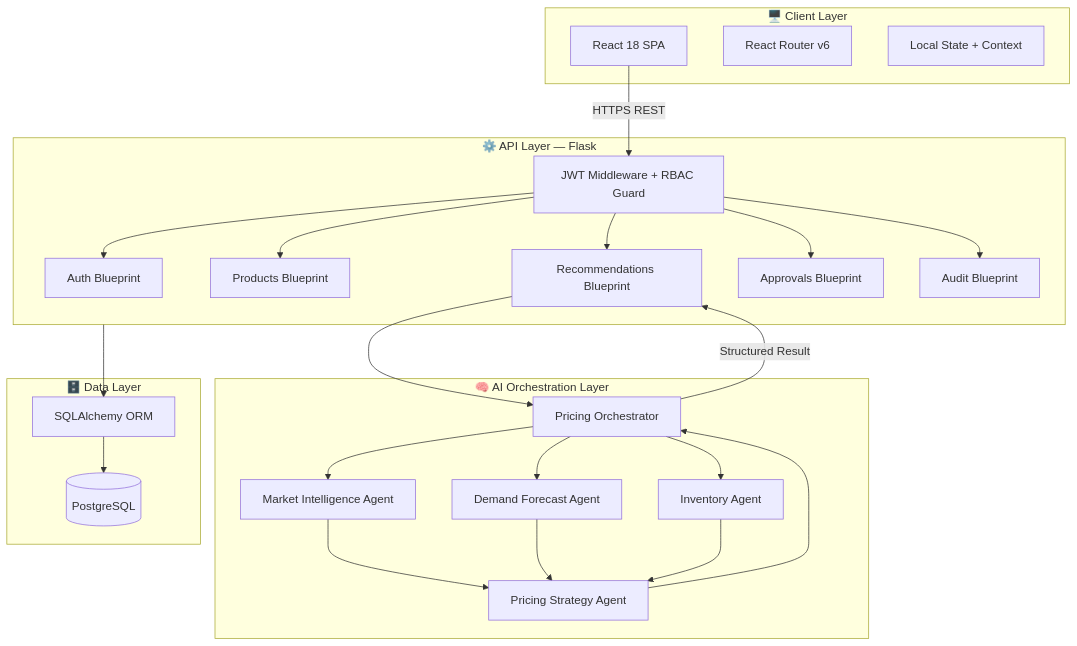
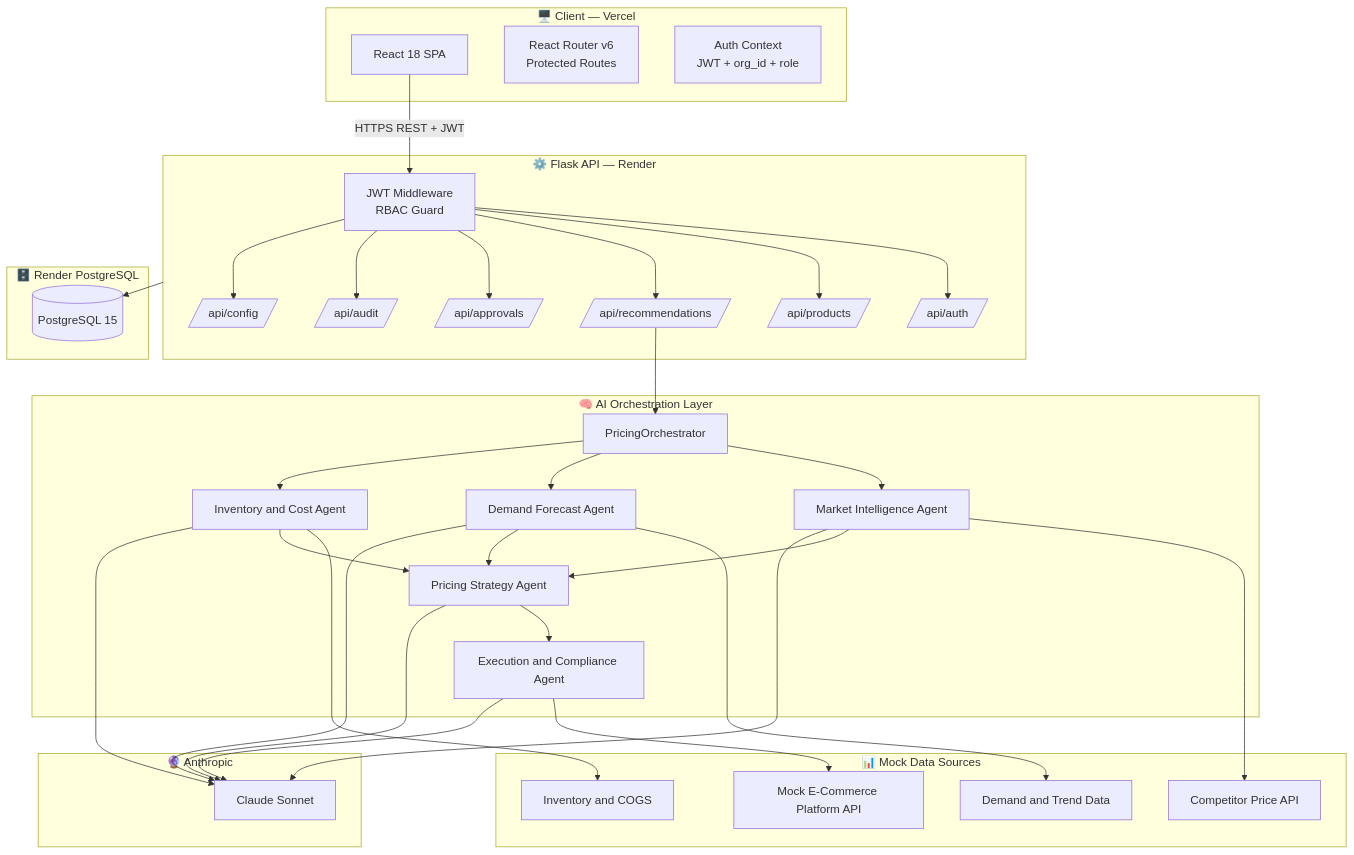
Before and after one commit to parthTyagi-tech/dynamic-pricing-intelligence-platform: the fourth of 6 diagrams in README.md, drawn with Mermaid. The commit also changed other lines of this file, not shown here.

````diff
--- a/README.md
+++ b/README.md
@@ -164,48 +332,54 @@
 ```mermaid
 graph TB
-    subgraph Client["🖥️ Client Layer"]
+    subgraph Client["🖥️ Client — Vercel"]
         UI[React 18 SPA]
-        Router[React Router v6]
-        State[Local State + Context]
+        Router[React Router v6\nProtected Routes]
+        Ctx[Auth Context\nJWT + org_id + role]
     end
 
-    subgraph API["⚙️ API Layer — Flask"]
-        Auth[Auth Blueprint]
-        Products[Products Blueprint]
-        Recs[Recommendations Blueprint]
-        Approvals[Approvals Blueprint]
-        Audit[Audit Blueprint]
-        MW[JWT Middleware + RBAC Guard]
+    subgraph API["⚙️ Flask API — Render"]
+        MW[JWT Middleware\nRBAC Guard]
+        Auth[/api/auth/]
+        Products[/api/products/]
+        Recs[/api/recommendations/]
+        Approvals[/api/approvals/]
+        Audit[/api/audit/]
+        Config[/api/config/]
     end
 
     subgraph AI["🧠 AI Orchestration Layer"]
-        Orch[Pricing Orchestrator]
+        Orch[PricingOrchestrator]
         MA[Market Intelligence Agent]
         DA[Demand Forecast Agent]
-        IA[Inventory Agent]
+        IA[Inventory and Cost Agent]
         PA[Pricing Strategy Agent]
+        EA[Execution and Compliance Agent]
     end
 
-    subgraph Data["🗄️ Data Layer"]
-        PG[(PostgreSQL)]
-        ORM[SQLAlchemy ORM]
+    subgraph Mock["📊 Mock Data Sources"]
+        COMP[Competitor Price API]
+        DEMAND[Demand and Trend Data]
+        INV[Inventory and COGS]
+        ECOM[Mock E-Commerce Platform API]
     end
 
-    UI -->|HTTPS REST| MW
-    MW --> Auth
-    MW --> Products
-    MW --> Recs
-    MW --> Approvals
-    MW --> Audit
+    subgraph Data["🗄️ Render PostgreSQL"]
+        PG[(PostgreSQL 15)]
+    end
+
+    subgraph LLM["🔮 Anthropic"]
+        AN[Claude Sonnet]
+    end
+
+    UI -->|HTTPS REST + JWT| MW
+    MW --> Auth & Products & Recs & Approvals & Audit & Config
     Recs --> Orch
-    Orch --> MA
-    Orch --> DA
-    Orch --> IA
-    MA --> PA
-    DA --> PA
-    IA --> PA
-    PA --> Orch
-    Orch -->|Structured Result| Recs
-    API --> ORM
-    ORM --> PG
+    Orch --> MA & DA & IA
+    MA --> COMP
+    DA --> DEMAND
+    IA --> INV
+    MA & DA & IA --> PA --> EA
+    EA --> ECOM
+    MA & DA & IA & PA & EA --> AN
+    API --> PG
 ```
````
